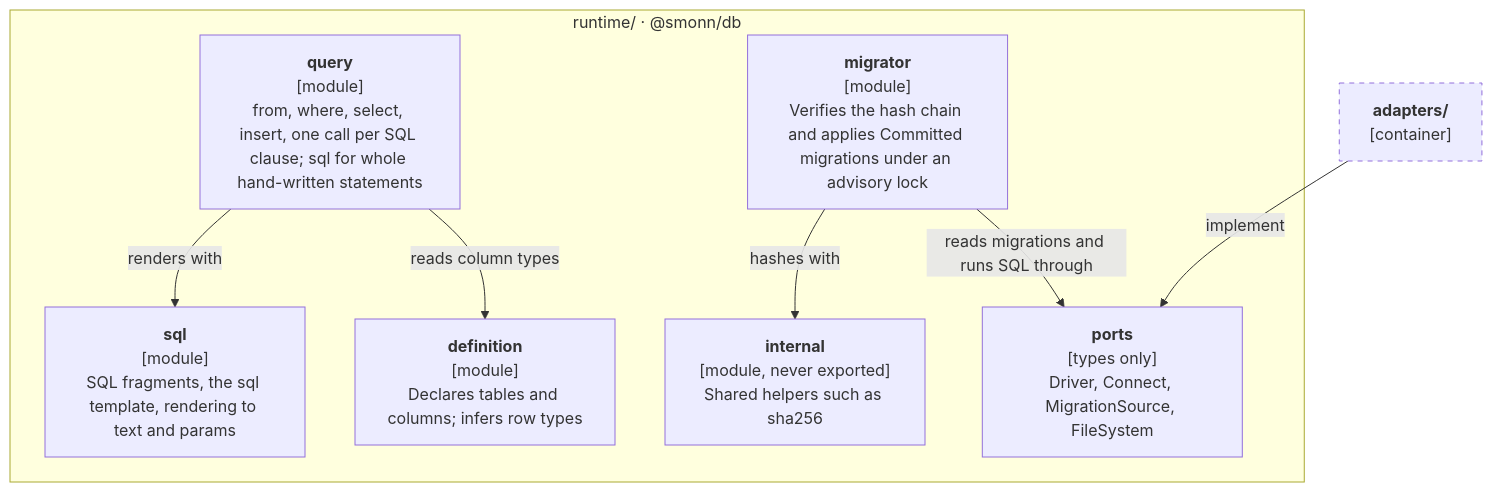
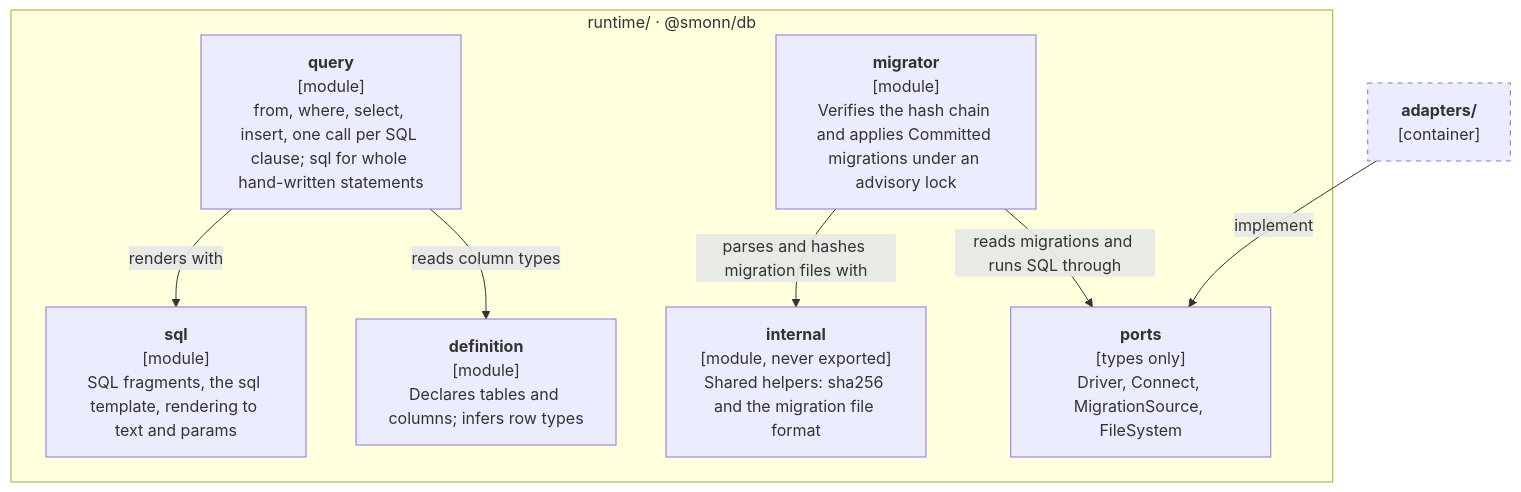
Before and after one commit to smonn/db: the second of 8 diagrams in docs/architecture.md, drawn with Mermaid. The commit also changed 19 other files, not shown here.

First line of the commit message:
fix(migrations): own the migration file format in one module and refuse repeated headers (#167)

````diff
--- a/docs/architecture.md
+++ b/docs/architecture.md
@@ -41,22 +41,22 @@
 ```mermaid
 flowchart TB
   subgraph runtime["runtime/ · @smonn/db"]
     definition["<b>definition</b><br/>[module]<br/>Declares tables and columns; infers row types"]
     query["<b>query</b><br/>[module]<br/>from, where, select, insert, one call per SQL clause; sql for whole hand-written statements"]
     sql["<b>sql</b><br/>[module]<br/>SQL fragments, the sql template, rendering to text and params"]
     migrator["<b>migrator</b><br/>[module]<br/>Verifies the hash chain and applies Committed migrations under an advisory lock"]
     ports["<b>ports</b><br/>[types only]<br/>Driver, Connect, MigrationSource, FileSystem"]
-    internal["<b>internal</b><br/>[module, never exported]<br/>Shared helpers such as sha256"]
+    internal["<b>internal</b><br/>[module, never exported]<br/>Shared helpers: sha256 and the migration file format"]
   end
 
   adapters["<b>adapters/</b><br/>[container]"]
 
   query -- "reads column types" --> definition
   query -- "renders with" --> sql
   migrator -- "reads migrations and runs SQL through" --> ports
-  migrator -- "hashes with" --> internal
+  migrator -- "parses and hashes migration files with" --> internal
   adapters -- "implement" --> ports
 
   classDef external stroke-dasharray: 5 5
   class adapters external
 ```
````
